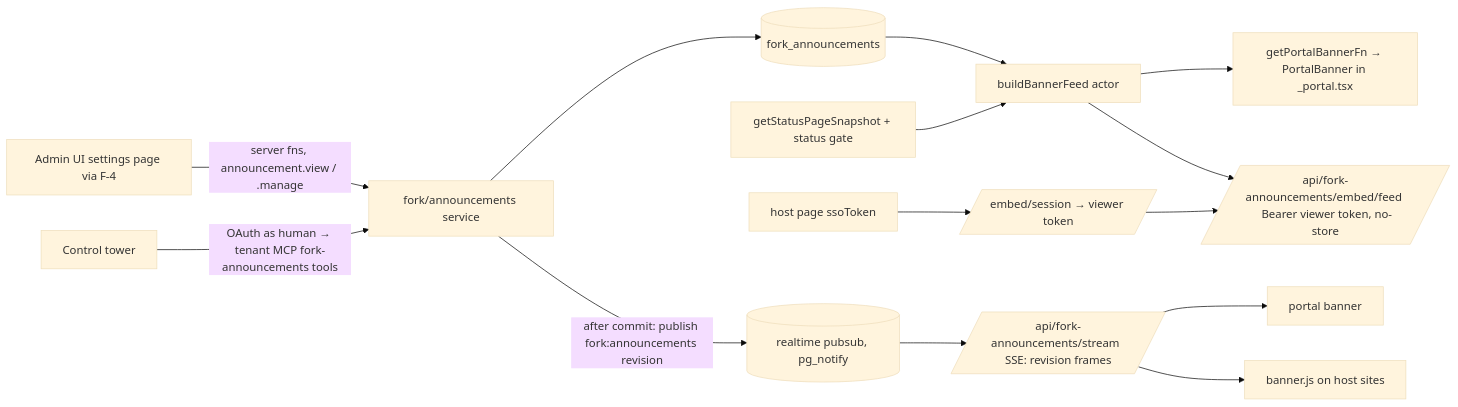
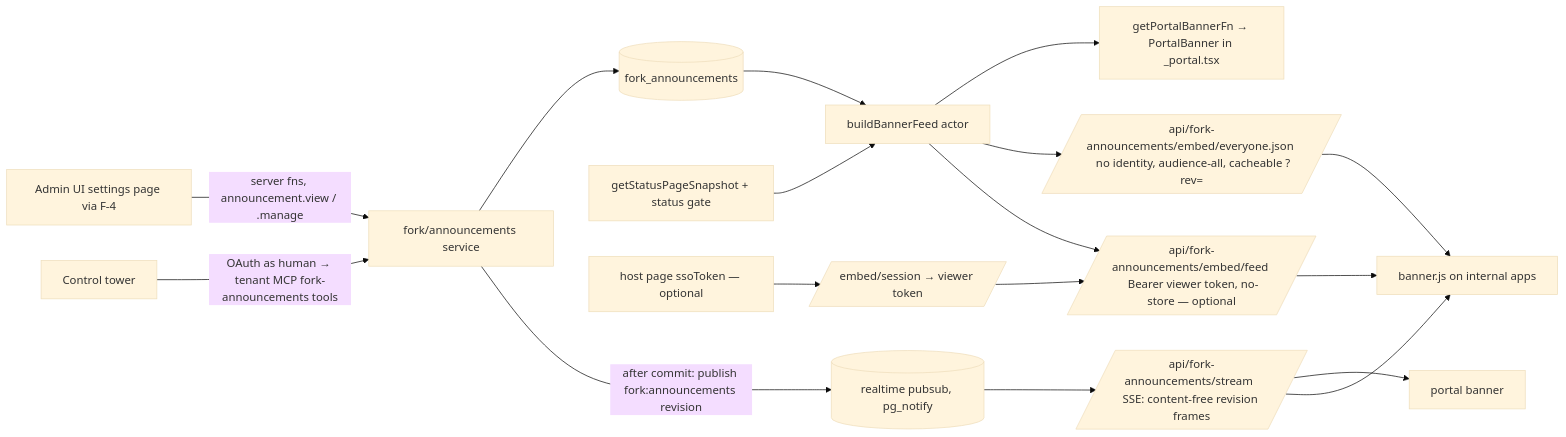
Before and after one commit to QuackbackIO/quackback: the diagram in plans/v2/60-announcements-banner.md, drawn with Mermaid (base theme). The commit also changed other lines of this file and 6 other files, not shown here.

````diff
--- a/plans/v2/60-announcements-banner.md
+++ b/plans/v2/60-announcements-banner.md
@@ -85,14 +105,16 @@
 ```mermaid
 flowchart LR
   AD[Admin UI settings page via F-4] -->|server fns, announcement.view / .manage| SVC
   TW[Control tower] -->|OAuth as human → tenant MCP fork-announcements tools| SVC
   SVC[fork/announcements service] --> T[(fork_announcements)]
   SVC -->|after commit: publish fork:announcements revision| PS[(realtime pubsub, pg_notify)]
   T --> FEED[buildBannerFeed actor]
   ST[getStatusPageSnapshot + status gate] --> FEED
   FEED --> PF[getPortalBannerFn → PortalBanner in _portal.tsx]
-  FEED --> EF[/api/fork-announcements/embed/feed  Bearer viewer token, no-store/]
-  PS --> SS[/api/fork-announcements/stream  SSE: revision frames/]
-  SS --> PB[portal banner] & BJ[banner.js on host sites]
-  HOST[host page ssoToken] --> SX[/embed/session → viewer token/] --> EF
+  FEED --> EV[/api/fork-announcements/embed/everyone.json  no identity, audience-all, cacheable ?rev=/]
+  FEED --> EF[/api/fork-announcements/embed/feed  Bearer viewer token, no-store — optional/]
+  PS --> SS[/api/fork-announcements/stream  SSE: content-free revision frames/]
+  SS --> PB[portal banner] & BJ[banner.js on internal apps]
+  EV --> BJ
+  HOST[host page ssoToken — optional] --> SX[/embed/session → viewer token/] --> EF --> BJ
 ```
````
